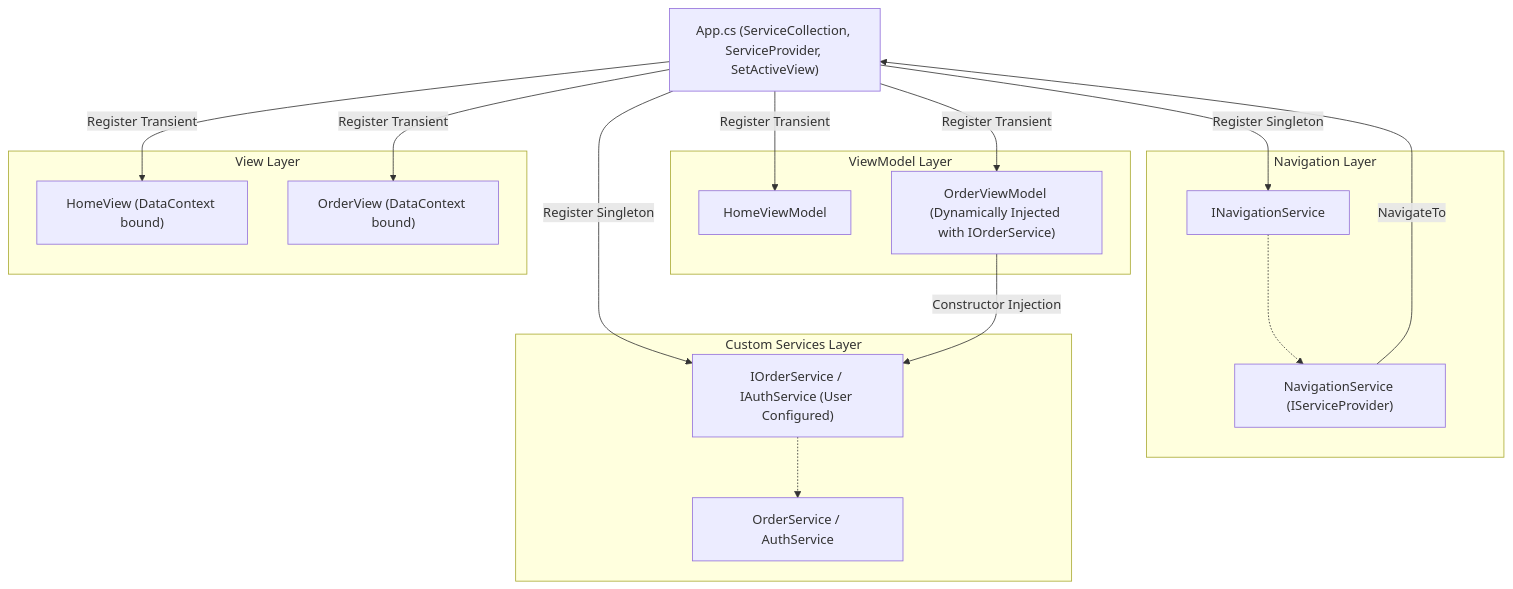
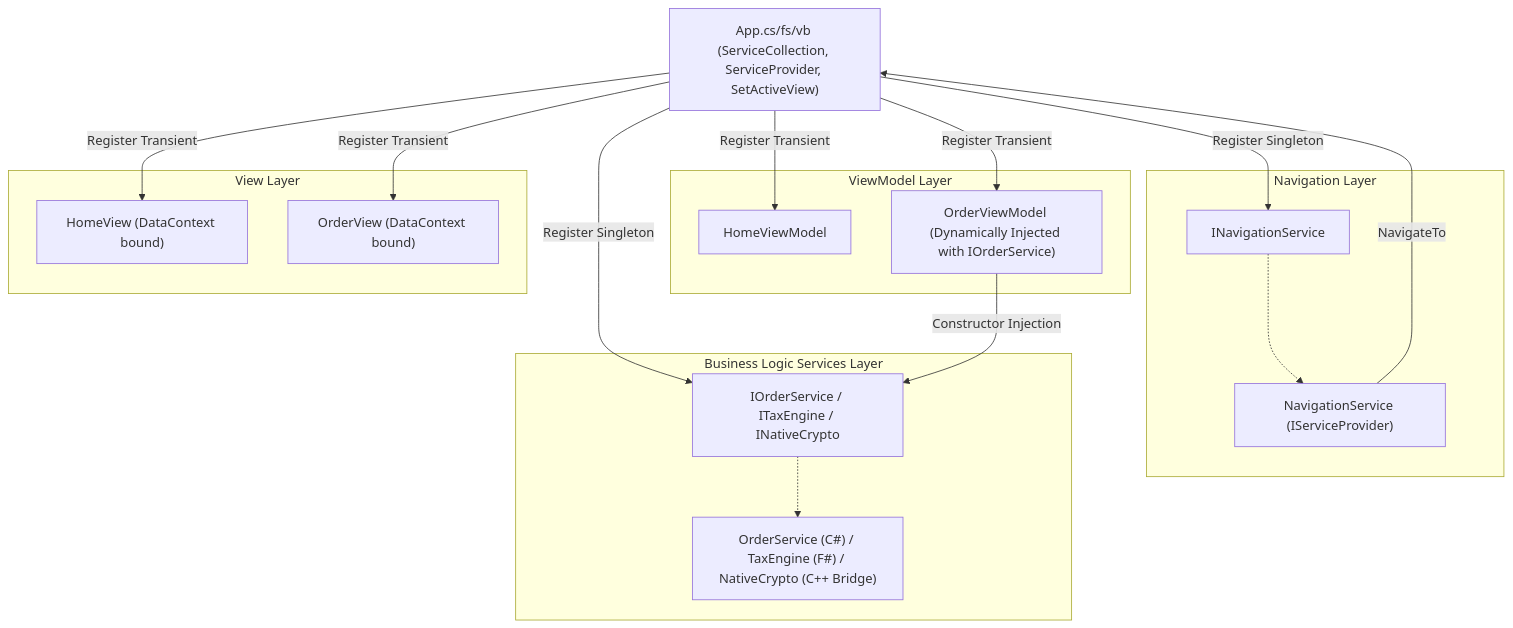
Before and after one commit to willy050209/Avalonia-Form-Generator: the second of 3 diagrams in docs/architecture.md, drawn with Mermaid. The commit also changed other lines of this file and 4 other files, not shown here.

Commit message:
docs: update architecture, ast schema, csharp markup spec, user guide, and readme for multi-language logic generation and cpp support

````diff
--- a/docs/architecture.md
+++ b/docs/architecture.md
@@ -91,36 +100,36 @@
 ```mermaid
 graph TD
-    App["App.cs (ServiceCollection, ServiceProvider, SetActiveView)"]
+    App["App.cs/fs/vb (ServiceCollection, ServiceProvider, SetActiveView)"]
     
     subgraph Navigation Layer
         INav["INavigationService"]
         Nav["NavigationService (IServiceProvider)"]
     end
 
-    subgraph Custom Services Layer
-        IService["IOrderService / IAuthService (User Configured)"]
-        ServiceImpl["OrderService / AuthService"]
+    subgraph Business Logic Services Layer
+        ILogic["IOrderService / ITaxEngine / INativeCrypto"]
+        LogicImpl["OrderService (C#) / TaxEngine (F#) / NativeCrypto (C++ Bridge)"]
     end
 
     subgraph ViewModel Layer
         VM1["HomeViewModel"]
         VM2["OrderViewModel (Dynamically Injected with IOrderService)"]
     end
 
     subgraph View Layer
         View1["HomeView (DataContext bound)"]
         View2["OrderView (DataContext bound)"]
     end
 
     App -->|Register Singleton| INav
     INav -.-> Nav
-    App -->|Register Singleton| IService
-    IService -.-> ServiceImpl
+    App -->|Register Singleton| ILogic
+    ILogic -.-> LogicImpl
     App -->|Register Transient| VM1
     App -->|Register Transient| VM2
     App -->|Register Transient| View1
     App -->|Register Transient| View2
     
-    VM2 -->|Constructor Injection| IService
+    VM2 -->|Constructor Injection| ILogic
     Nav -->|NavigateTo<TView>| App
 ```
````
